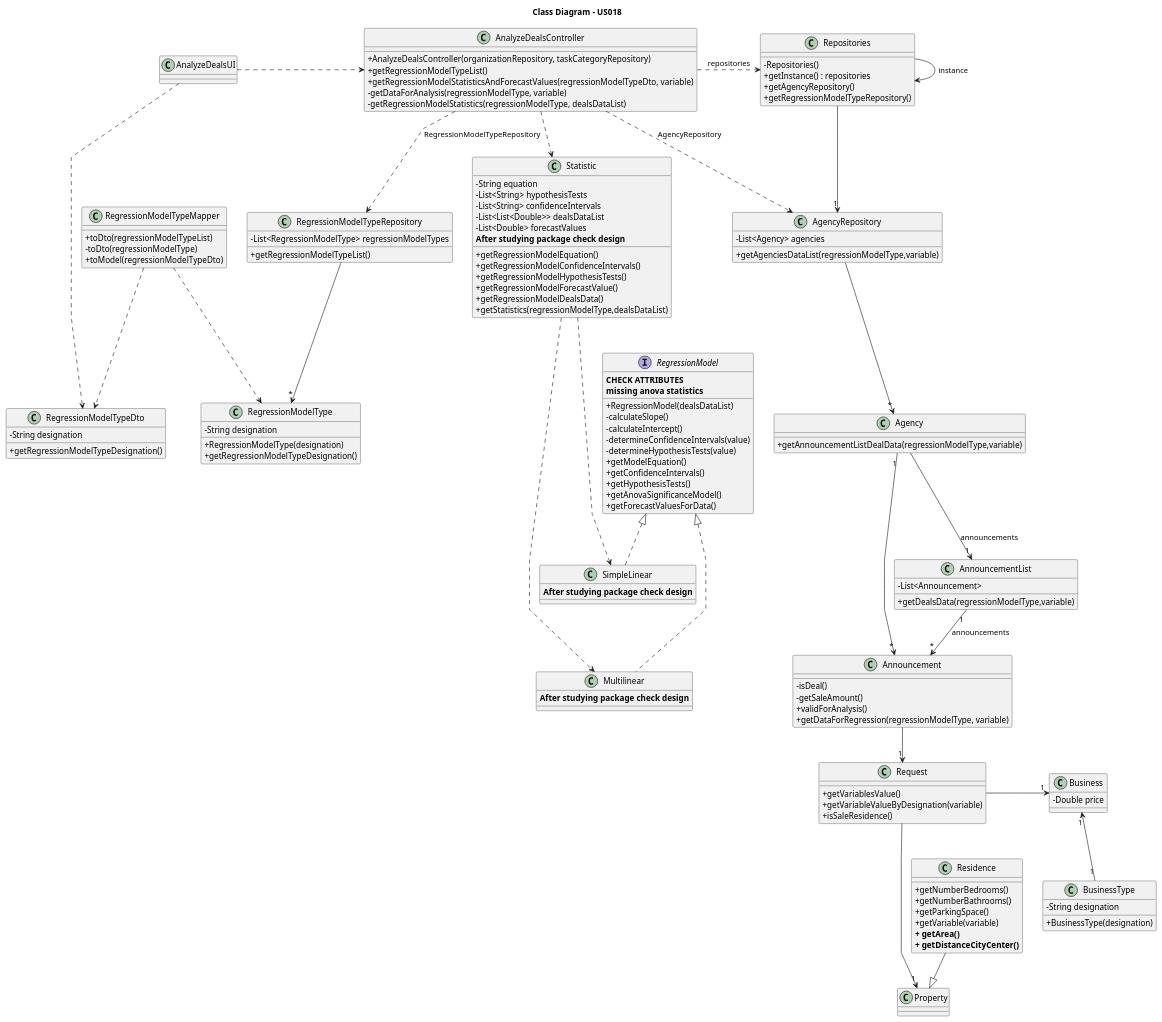
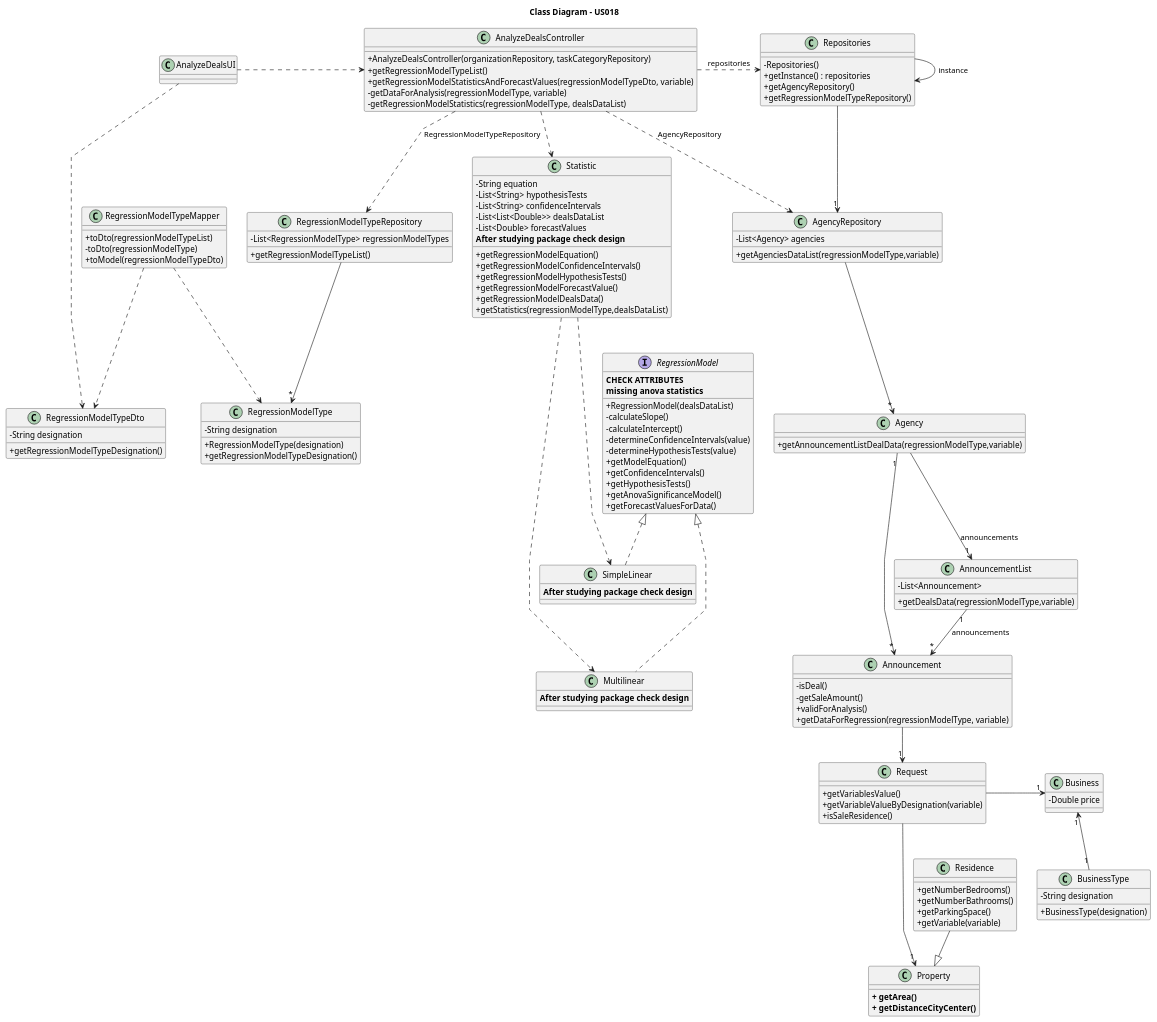
One commit to rita-barbosa/LAPR2-2223 changed the diagram in docs/sprintD/us018/03.design/puml/us018-class-diagram.puml. Above: the diagram before and after it, drawn with PlantUML.

Commit message:
Update class diagram [US018][Design]

```diff
--- a/docs/sprintD/us018/03.design/puml/us018-class-diagram.puml
+++ b/docs/sprintD/us018/03.design/puml/us018-class-diagram.puml
@@ -1,173 +1,174 @@
 @startuml
 'skinparam monochrome true
 skinparam packageStyle rectangle
 skinparam shadowing false
 skinparam linetype polyline
 'skinparam linetype orto
 
 skinparam classAttributeIconSize 0
 
 'left to right direction
 
 
 title Class Diagram - US018
 
 
 class Agency {
     + getAnnouncementListDealData(regressionModelType,variable)
 }
 
 class AnnouncementList {
     - List<Announcement>
     + getDealsData(regressionModelType,variable)
 }
 
 class Announcement {
  - isDeal()
  - getSaleAmount()
  + validForAnalysis()
  + getDataForRegression(regressionModelType, variable)
 
 }
 
 class Request {
  + getVariablesValue()
  + getVariableValueByDesignation(variable)
  + isSaleResidence()
 }
 
 class Residence {
  + getNumberBedrooms()
  + getNumberBathrooms()
  + getParkingSpace()
  + getVariable(variable)
+}
+class Property {
  **+ getArea()**
  **+ getDistanceCityCenter()**
 }
-
 
 class AgencyRepository {
     - List<Agency> agencies
     + getAgenciesDataList(regressionModelType,variable)
 }
 class RegressionModelTypeRepository {
 -List<RegressionModelType> regressionModelTypes
     + getRegressionModelTypeList()
 }
 
 class RegressionModelType {
 - String designation
 + RegressionModelType(designation)
  + getRegressionModelTypeDesignation()
 }
 
 class RegressionModelTypeMapper {
  + toDto(regressionModelTypeList)
  - toDto(regressionModelType)
  + toModel(regressionModelTypeDto)
 }
 
 class RegressionModelTypeDto {
 - String designation
 + getRegressionModelTypeDesignation()
 }
 
 class Statistic {
 - String equation
 - List<String> hypothesisTests
 - List<String> confidenceIntervals
 - List<List<Double>> dealsDataList
 - List<Double> forecastValues
  + getRegressionModelEquation()
  + getRegressionModelConfidenceIntervals()
  + getRegressionModelHypothesisTests()
  + getRegressionModelForecastValue()
  + getRegressionModelDealsData()
  + getStatistics(regressionModelType,dealsDataList)
  **After studying package check design**
 }
 
 class Business
 {
     - Double price
 }
 class BusinessType
 {
 - String designation
 + BusinessType(designation)
 }
 
 class Repositories {
     - Repositories()
     + getInstance() : repositories
     + getAgencyRepository()
     + getRegressionModelTypeRepository()
 }
 
 class AnalyzeDealsController {
     + AnalyzeDealsController(organizationRepository, taskCategoryRepository)
     + getRegressionModelTypeList()
     + getRegressionModelStatisticsAndForecastValues(regressionModelTypeDto, variable)
     - getDataForAnalysis(regressionModelType, variable)
     - getRegressionModelStatistics(regressionModelType, dealsDataList)
 }
 
 
 class AnalyzeDealsUI{
 }
 
 class SimpleLinear implements RegressionModel {
 **After studying package check design**
 }
 class Multilinear implements RegressionModel {
 **After studying package check design**
 }
 interface RegressionModel {
 **CHECK ATTRIBUTES**
  + RegressionModel(dealsDataList)
  - calculateSlope()
  - calculateIntercept()
  - determineConfidenceIntervals(value)
  - determineHypothesisTests(value)
  **missing anova statistics**
  + getModelEquation()
  + getConfidenceIntervals()
  + getHypothesisTests()
  + getAnovaSignificanceModel()
  + getForecastValuesForData()
 }
 
 
 
 Repositories -> Repositories : instance
 
 AnalyzeDealsUI .> AnalyzeDealsController
 AnalyzeDealsUI .--> RegressionModelTypeDto
 
 RegressionModelTypeMapper .> RegressionModelTypeDto
 RegressionModelTypeMapper .-> RegressionModelType
 
 AnalyzeDealsController .> Repositories : repositories
 
 Repositories --> "1" AgencyRepository
 
 AnalyzeDealsController ..> AgencyRepository : AgencyRepository
 AnalyzeDealsController ..> RegressionModelTypeRepository : RegressionModelTypeRepository
 AnalyzeDealsController ..> Statistic
 Statistic .--> SimpleLinear
 Statistic .---> Multilinear
 
 RegressionModelTypeRepository --> "*" RegressionModelType
 
 AgencyRepository --> "*" Agency
 
 AnnouncementList "1" --> "*" Announcement : announcements
 Announcement --> "1" Request
 Request  ---> "1" Property
     Request -> "1" Business
     Business "1" <-- "1" BusinessType
 Residence --|> Property
 Agency "1" --> "*" Announcement
 Agency  --> "1" AnnouncementList : announcements
 
 @enduml
```
